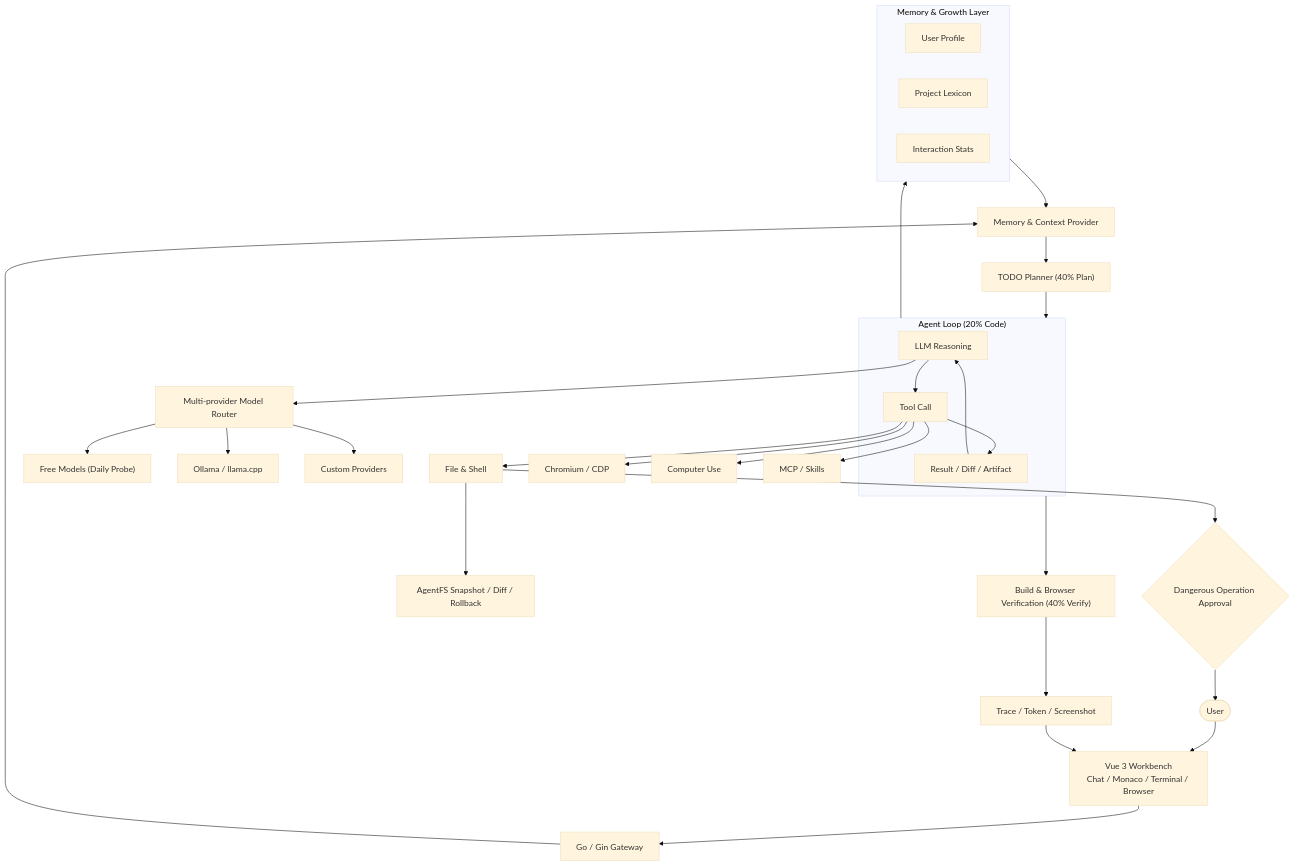
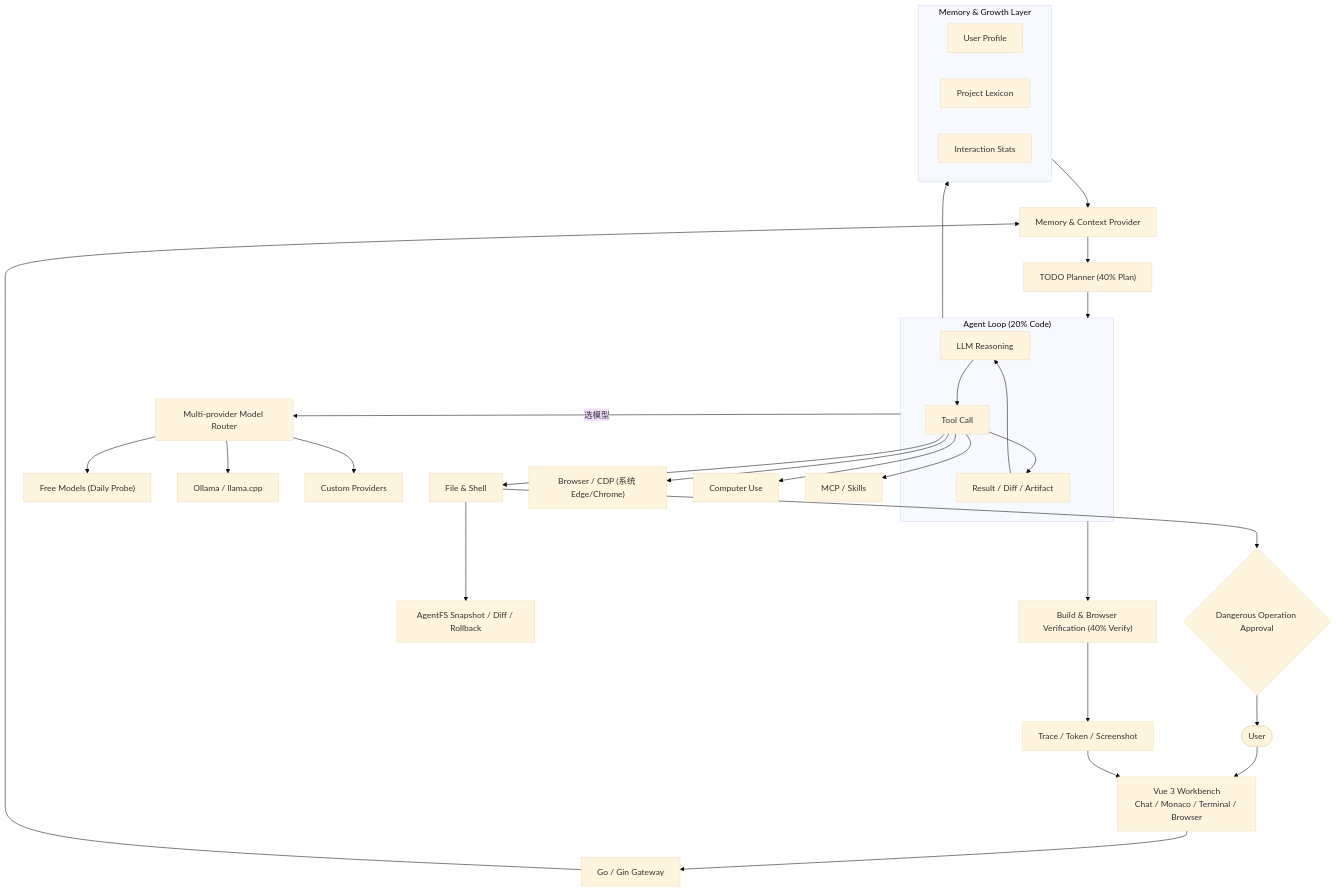
Before and after one commit to 3478556810/re0: the diagram in README.md, drawn with Mermaid (base theme). The commit also changed other lines of this file and 1 other file, not shown here.

Commit message:
docs: README 导师视角审查修复 + 新增「打造你自己的 Agent」专栏初稿

````diff
--- a/README.md
+++ b/README.md
@@ -82,40 +82,40 @@
 ```mermaid
 flowchart TB
     User([User]) --> UI["Vue 3 Workbench<br/>Chat / Monaco / Terminal / Browser"]
     UI --> Gateway["Go / Gin Gateway"]
     Gateway --> Context["Memory & Context Provider"]
     Context --> Planner["TODO Planner (40% Plan)"]
     Planner --> AgentLoop
 
     subgraph AgentLoop ["Agent Loop (20% Code)"]
         LLM["LLM Reasoning"] --> ToolCall["Tool Call"]
         ToolCall --> ToolResult["Result / Diff / Artifact"]
         ToolResult --> LLM
     end
 
     AgentLoop --> Verify["Build & Browser Verification (40% Verify)"]
     Verify --> Trace["Trace / Token / Screenshot"]
     Trace --> UI
 
-    LLM --> Router["Multi-provider Model Router"]
+    AgentLoop -->|选模型| Router["Multi-provider Model Router"]
     Router --> Free["Free Models (Daily Probe)"]
     Router --> Local["Ollama / llama.cpp"]
     Router --> Private["Custom Providers"]
 
     ToolCall --> Files["File & Shell"]
-    ToolCall --> Browser["Chromium / CDP"]
+    ToolCall --> Browser["Browser / CDP (系统 Edge/Chrome)"]
     ToolCall --> Computer["Computer Use"]
     ToolCall --> Extensions["MCP / Skills"]
 
     Files --> AgentFS["AgentFS Snapshot / Diff / Rollback"]
     Files --> Gate{"Dangerous Operation Approval"}
     Gate --> User
 
     subgraph Growth ["Memory & Growth Layer"]
         Profile["User Profile"]
         Lexicon["Project Lexicon"]
         Stats["Interaction Stats"]
     end
     AgentLoop --> Growth
     Growth --> Context
 ```
````
